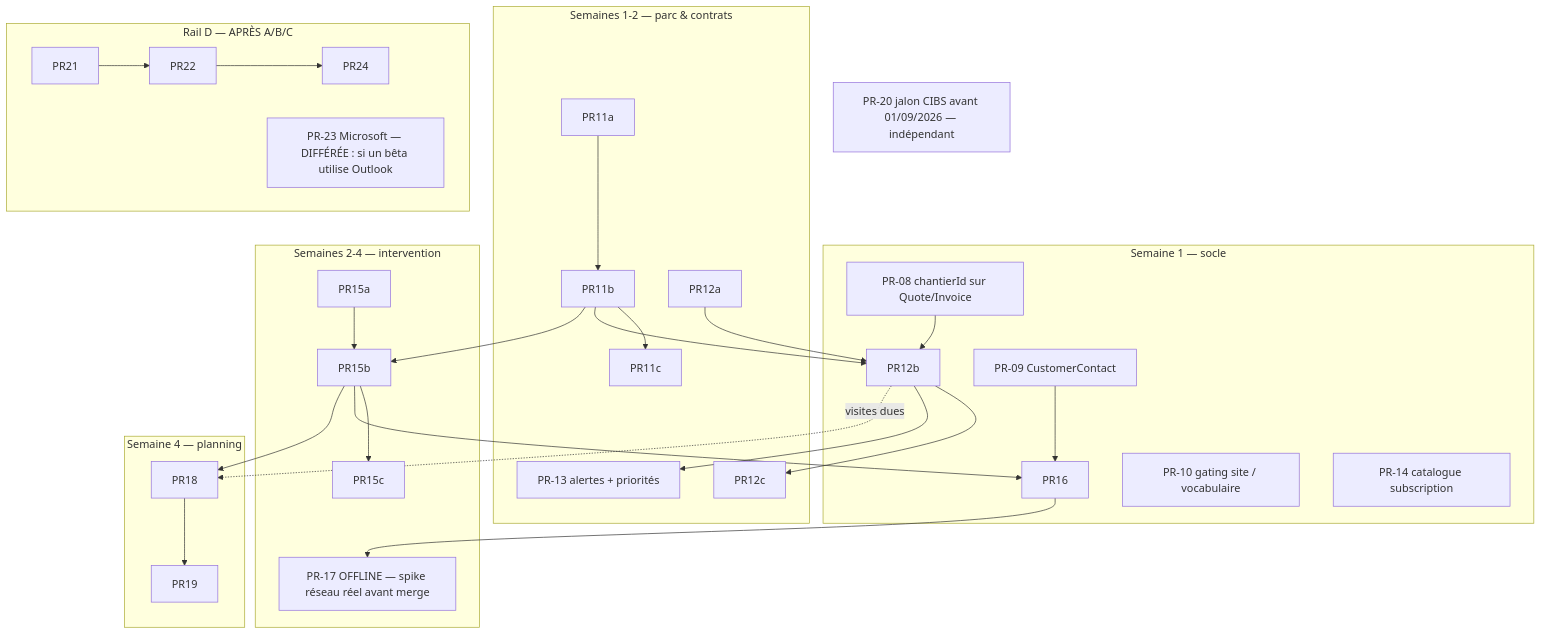
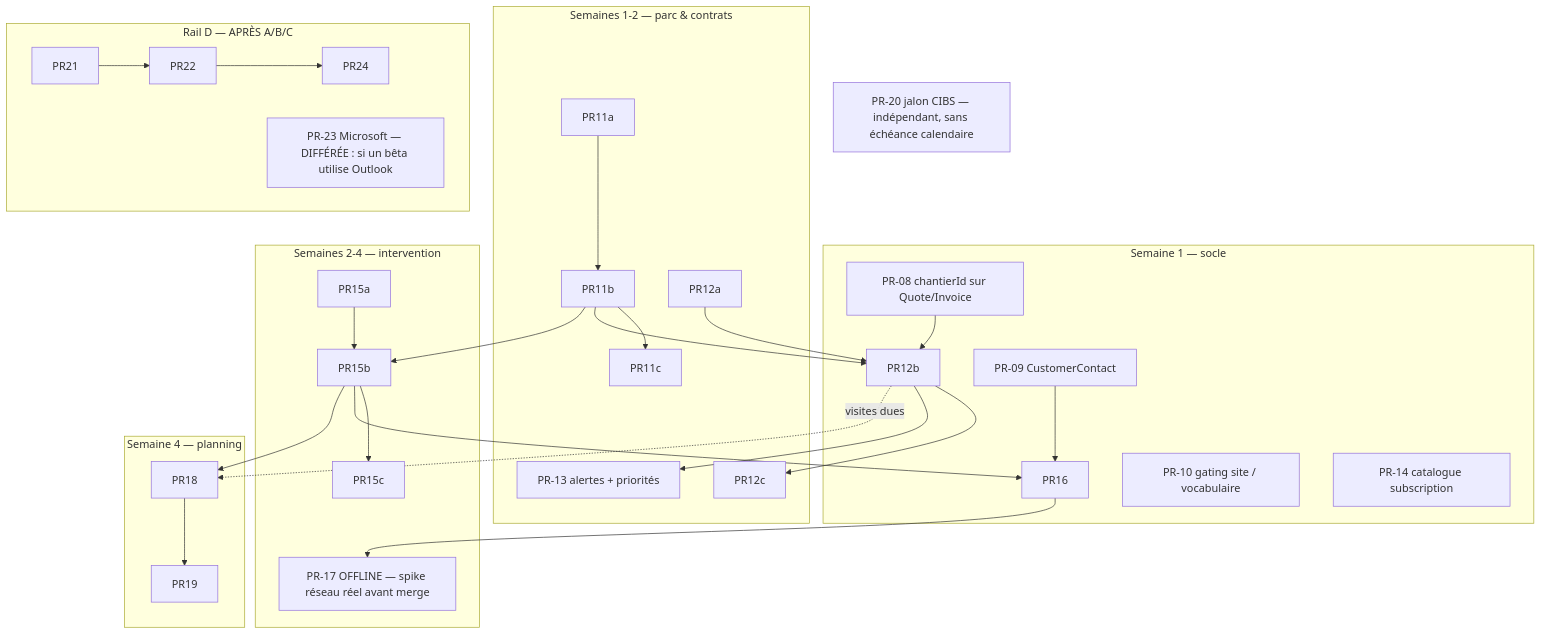
One commit to GLWebDevAgency/bob-pro changed the third of 3 diagrams in docs/superpowers/plans/beta-fly-services-p1-conception-domaine.md. Above: the diagram before and after it, drawn with Mermaid. The commit also changed other lines of this file and 4 other files, not shown here.

````diff
--- a/docs/superpowers/plans/beta-fly-services-p1-conception-domaine.md
+++ b/docs/superpowers/plans/beta-fly-services-p1-conception-domaine.md
@@ -477,29 +477,29 @@
 ```mermaid
 flowchart TD
     subgraph S1 [Semaine 1 — socle]
       PR08[PR-08 chantierId sur Quote/Invoice] --> PR12b
       PR09[PR-09 CustomerContact] --> PR16
       PR10[PR-10 gating site / vocabulaire]
       PR14[PR-14 catalogue subscription]
     end
     subgraph S12 [Semaines 1-2 — parc & contrats]
       PR11a --> PR11b --> PR11c
       PR12a --> PR12b --> PR12c
       PR11b --> PR12b
       PR12b --> PR13[PR-13 alertes + priorités]
     end
     subgraph S24 [Semaines 2-4 — intervention]
       PR15a --> PR15b --> PR15c
       PR11b --> PR15b
       PR15b --> PR16 --> PR17[PR-17 OFFLINE — spike réseau réel avant merge]
     end
     subgraph S4 [Semaine 4 — planning]
       PR15b --> PR18 --> PR19
       PR12b -.visites dues.-> PR18
     end
     subgraph MAIL [Rail D — APRÈS A/B/C]
       PR21 --> PR22 --> PR24
       PR23[PR-23 Microsoft — DIFFÉRÉE : si un bêta utilise Outlook]
     end
-    PR20[PR-20 jalon CIBS avant 01/09/2026 — indépendant]
+    PR20[PR-20 jalon CIBS — indépendant, sans échéance calendaire]
 ```
````
